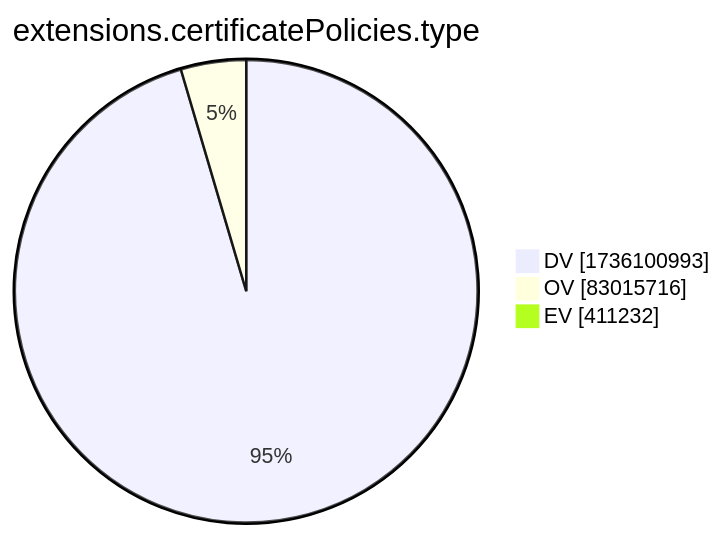
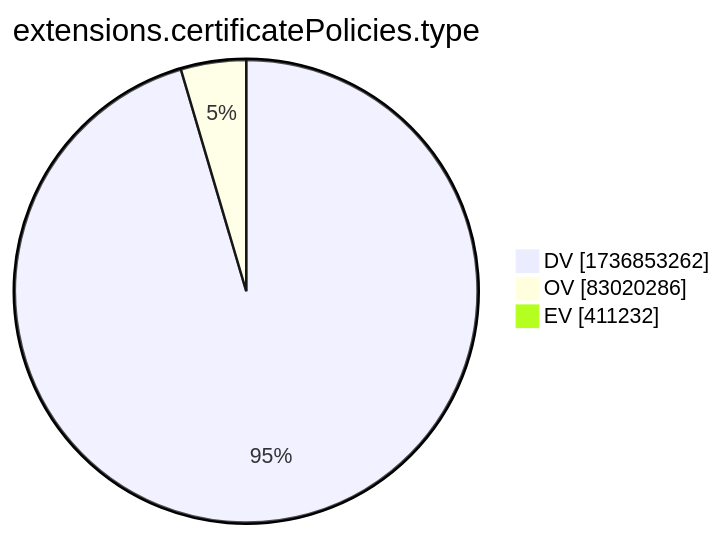
The tenth of 15 diagrams in xenon2022/README.md (christiankrug/ctmonitor_visualization), drawn with Mermaid before and after one commit. The commit also changed other lines of this file, not shown here.

````diff
--- a/xenon2022/README.md
+++ b/xenon2022/README.md
@@ -2881,7 +2881,7 @@
 ```mermaid
 pie showData
 title extensions.certificatePolicies.type
-"DV" :1736100993
-"OV" :83015716
+"DV" :1736853262
+"OV" :83020286
 "EV" :411232
 ```
````
